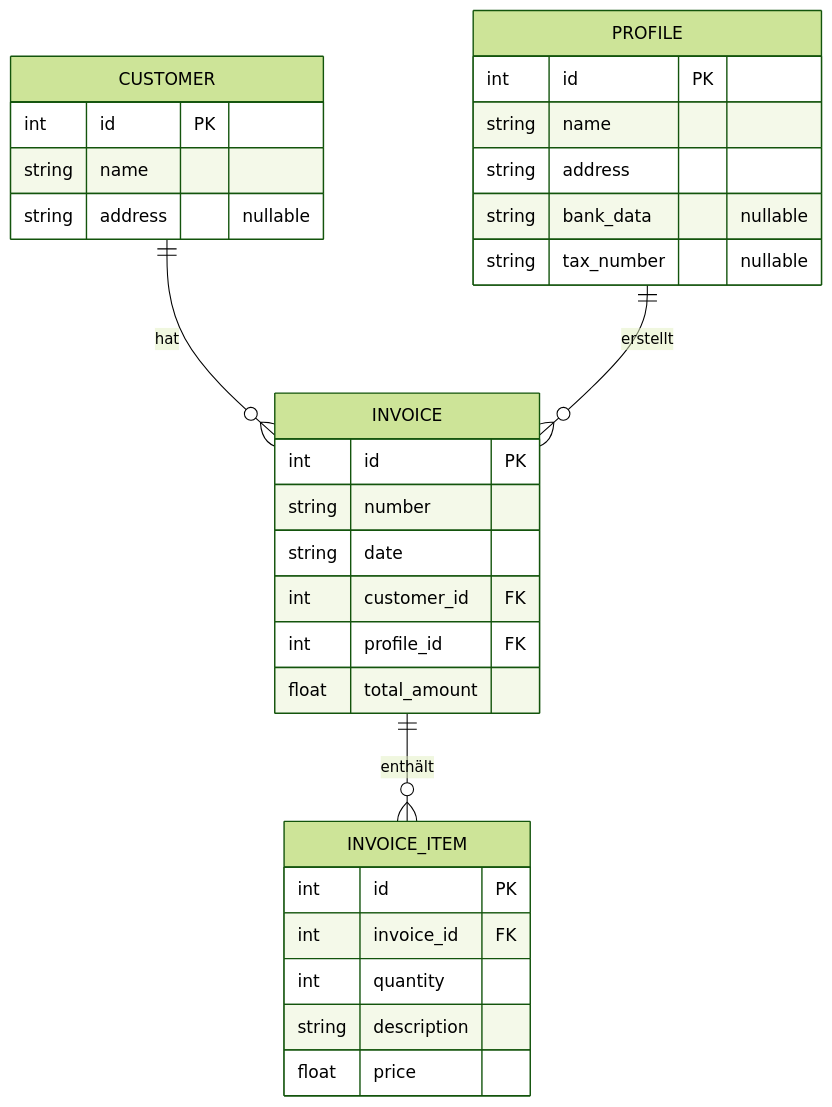
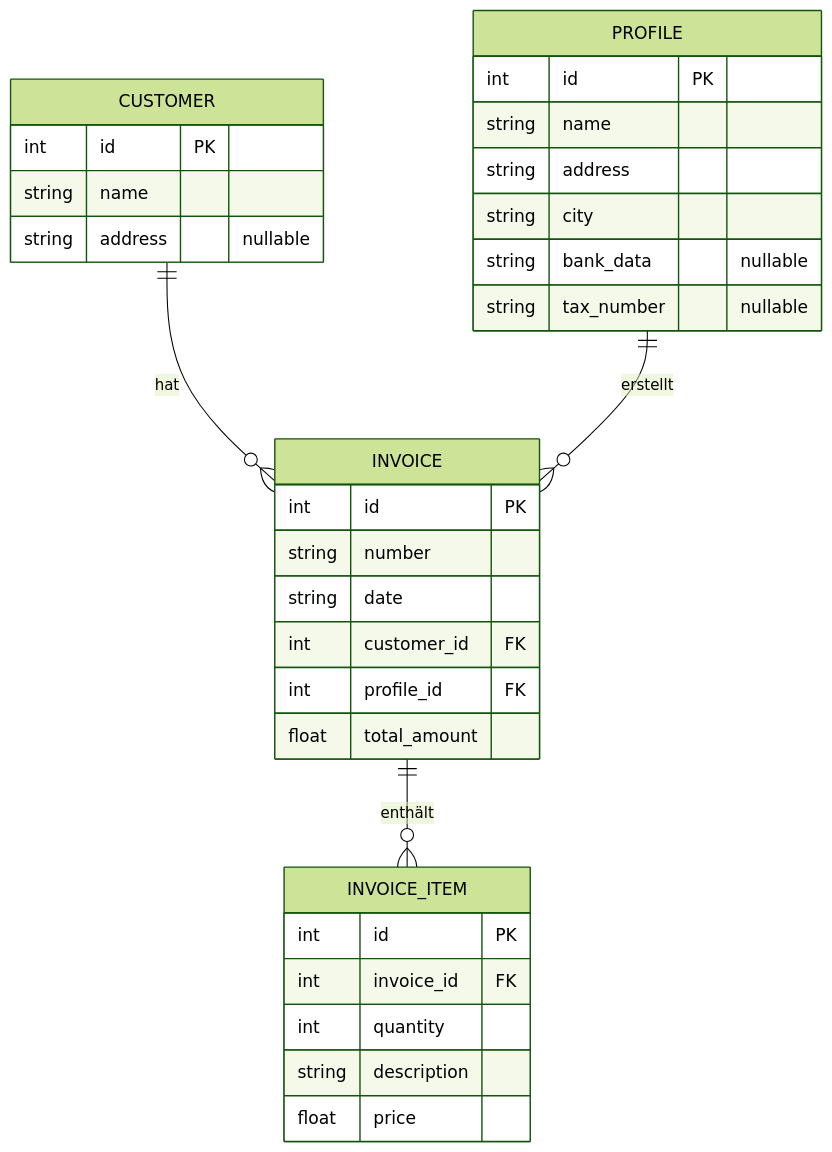
One commit to wontknow/Billino changed the diagram in README.md. Above: the diagram before and after it, drawn with Mermaid (forest theme).

````diff
--- a/README.md
+++ b/README.md
@@ -219,37 +219,38 @@
 ```mermaid
 erDiagram
     CUSTOMER ||--o{ INVOICE : "hat"
     PROFILE  ||--o{ INVOICE : "erstellt"
     INVOICE  ||--o{ INVOICE_ITEM : "enthält"
 
     CUSTOMER {
         int id PK
         string name
         string address "nullable"
     }
 
     PROFILE {
         int id PK
         string name
         string address
+        string city
         string bank_data "nullable"
         string tax_number "nullable"
     }
 
     INVOICE {
         int id PK
         string number
         string date
         int customer_id FK
         int profile_id FK
         float total_amount
     }
 
     INVOICE_ITEM {
         int id PK
         int invoice_id FK
         int quantity
         string description
         float price
     }
   ```
````
